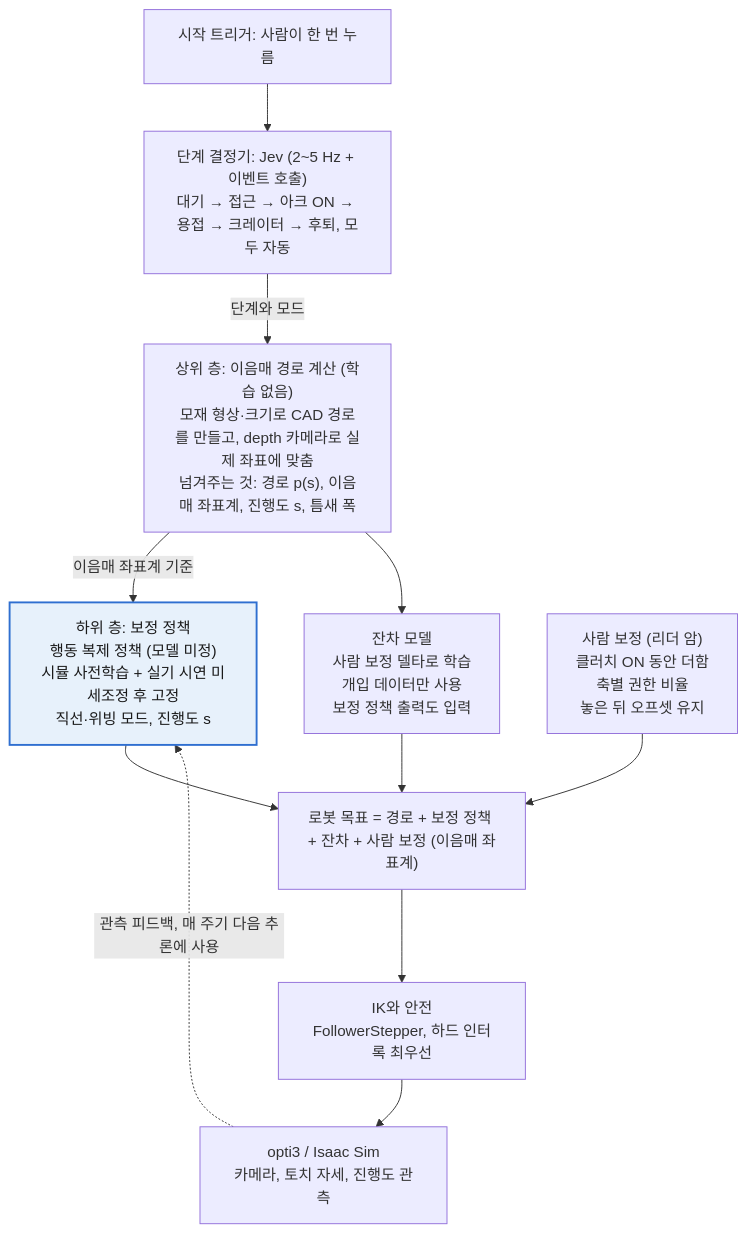
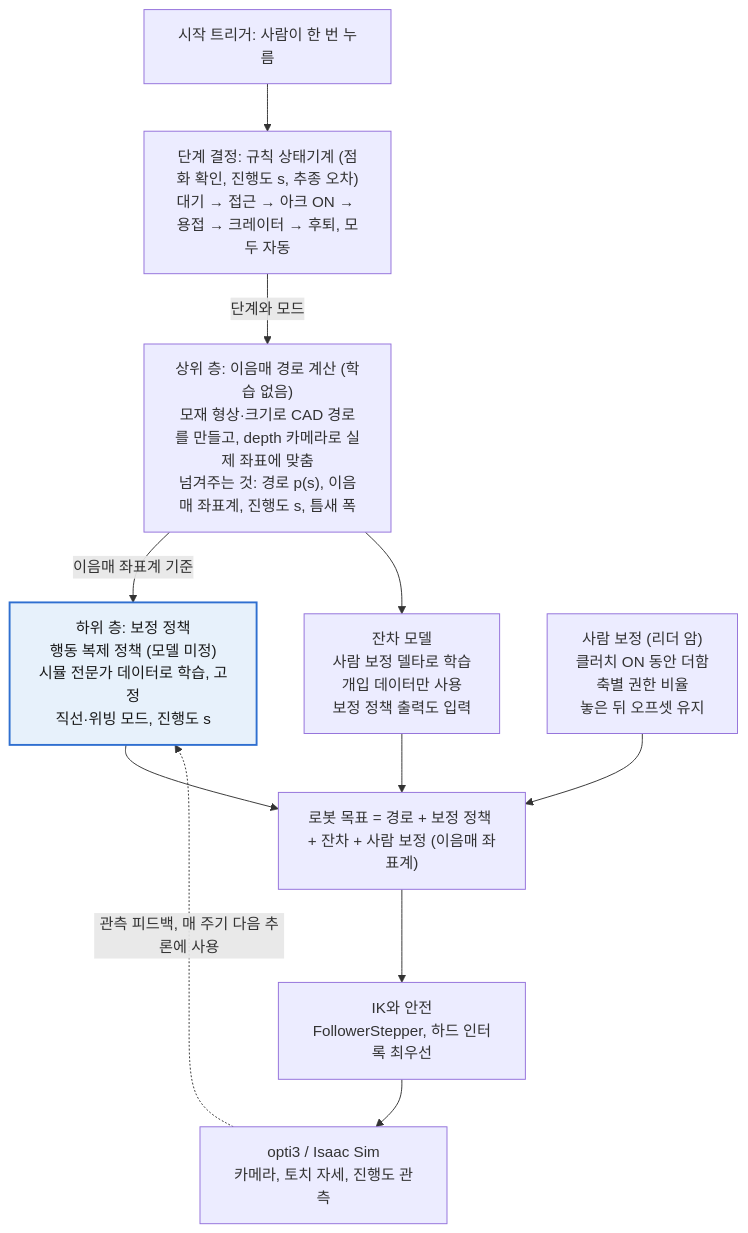
Before and after one commit to seongbean/Welding-Robot: the diagram in README.md, drawn with Mermaid. The commit also changed other lines of this file and 1 other file, not shown here.

First line of the commit message:
문서: Jev 대신 규칙 상태기계, 보정 정책은 시뮬 데이터만으로 학습

````diff
--- a/README.md
+++ b/README.md
@@ -11,16 +11,16 @@
 ```mermaid
 flowchart TD
-    trigger["시작 트리거: 사람이 한 번 누름"] --> phase["단계 결정기: Jev (2~5 Hz + 이벤트 호출)<br/>대기 → 접근 → 아크 ON → 용접 → 크레이터 → 후퇴, 모두 자동"]
+    trigger["시작 트리거: 사람이 한 번 누름"] --> phase["단계 결정: 규칙 상태기계 (점화 확인, 진행도 s, 추종 오차)<br/>대기 → 접근 → 아크 ON → 용접 → 크레이터 → 후퇴, 모두 자동"]
     phase -->|단계와 모드| upper["상위 층: 이음매 경로 계산 (학습 없음)<br/>모재 형상·크기로 CAD 경로를 만들고, depth 카메라로 실제 좌표에 맞춤<br/>넘겨주는 것: 경로 p(s), 이음매 좌표계, 진행도 s, 틈새 폭"]
-    upper -->|이음매 좌표계 기준| base["하위 층: 보정 정책<br/>행동 복제 정책 (모델 미정)<br/>시뮬 사전학습 + 실기 시연 미세조정 후 고정<br/>직선·위빙 모드, 진행도 s"]
+    upper -->|이음매 좌표계 기준| base["하위 층: 보정 정책<br/>행동 복제 정책 (모델 미정)<br/>시뮬 전문가 데이터로 학습, 고정<br/>직선·위빙 모드, 진행도 s"]
     upper --> residual["잔차 모델<br/>사람 보정 델타로 학습<br/>개입 데이터만 사용<br/>보정 정책 출력도 입력"]
     human["사람 보정 (리더 암)<br/>클러치 ON 동안 더함<br/>축별 권한 비율<br/>놓은 뒤 오프셋 유지"]
     base --> sum["로봇 목표 = 경로 + 보정 정책 + 잔차 + 사람 보정 (이음매 좌표계)"]
     residual --> sum
     human --> sum
     sum --> ik["IK와 안전<br/>FollowerStepper, 하드 인터록 최우선"]
     ik --> robot["opti3 / Isaac Sim<br/>카메라, 토치 자세, 진행도 관측"]
     robot -. 관측 피드백, 매 주기 다음 추론에 사용 .-> base
     classDef learned fill:#e7f1fb,stroke:#2f6fd0,stroke-width:2px,color:#1a1a1a
     class base learned
 ```
````
